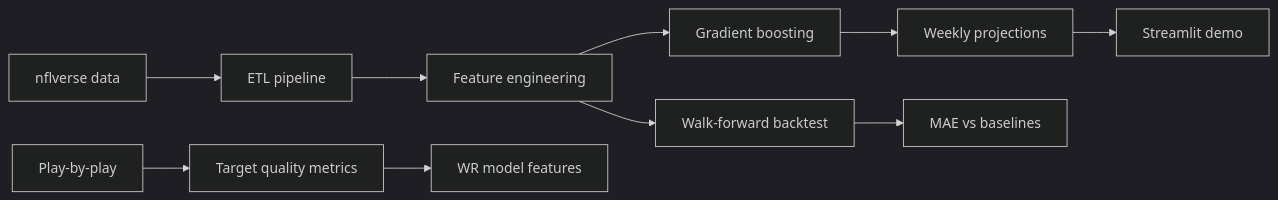
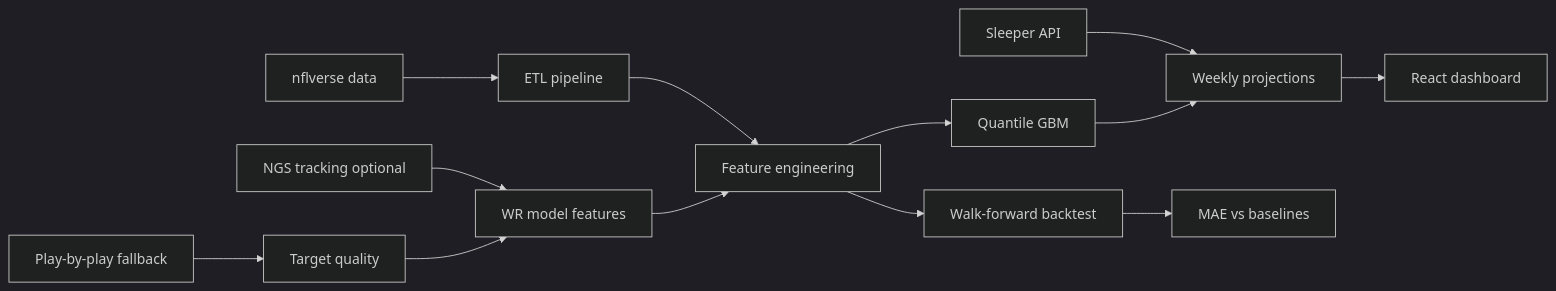
One commit to RandomStatsGuy/ScoreSense changed the diagram in docs/CASE_STUDY.md. Above: the diagram before and after it, drawn with Mermaid (dark theme). The commit also changed other lines of this file and 628 other files, not shown here.

First line of the commit message:
Add account settings, legal pages, auth email flows, and production deploy stack.

````diff
--- a/docs/CASE_STUDY.md
+++ b/docs/CASE_STUDY.md
@@ -9,12 +9,15 @@
 ```mermaid
 flowchart LR
   nflverse[nflverse data] --> etl[ETL pipeline]
+  sleeper[Sleeper API] --> predict[Weekly projections]
+  ngs[NGS tracking optional] --> wrFeatures[WR model features]
   etl --> features[Feature engineering]
-  features --> train[Gradient boosting]
-  train --> predict[Weekly projections]
+  features --> train[Quantile GBM]
+  train --> predict
   features --> backtest[Walk-forward backtest]
   backtest --> metrics[MAE vs baselines]
-  predict --> streamlit[Streamlit demo]
-  pbp[Play-by-play] --> bdb[Target quality metrics]
-  bdb --> wrFeatures[WR model features]
+  predict --> react[React dashboard]
+  pbp[Play-by-play fallback] --> bdb[Target quality]
+  bdb --> wrFeatures
+  wrFeatures --> features
 ```
````
